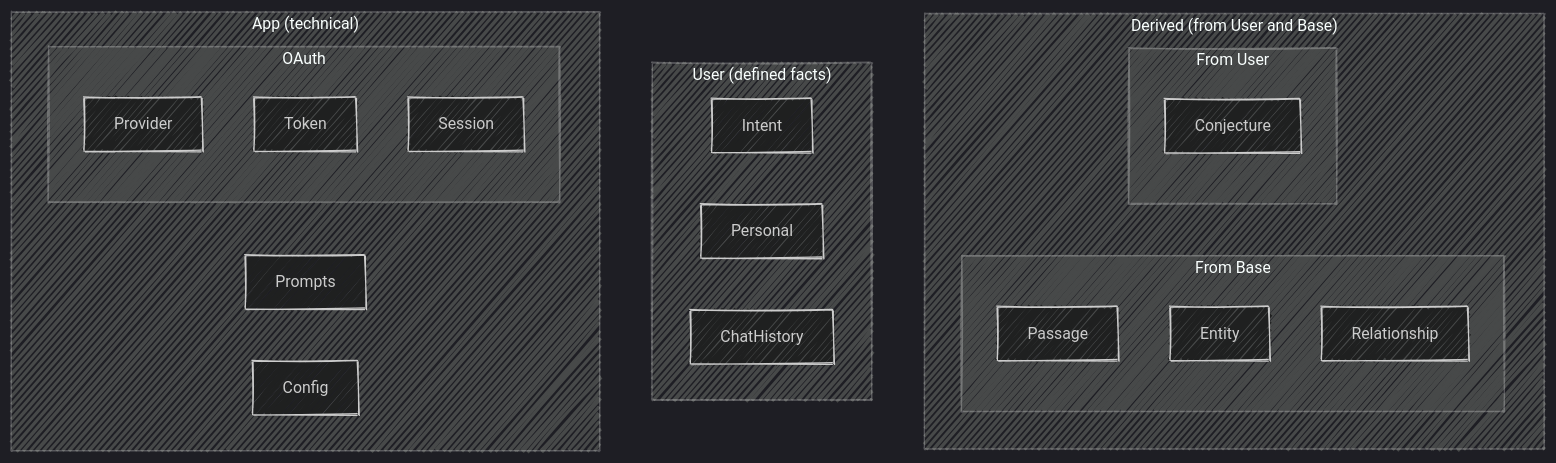
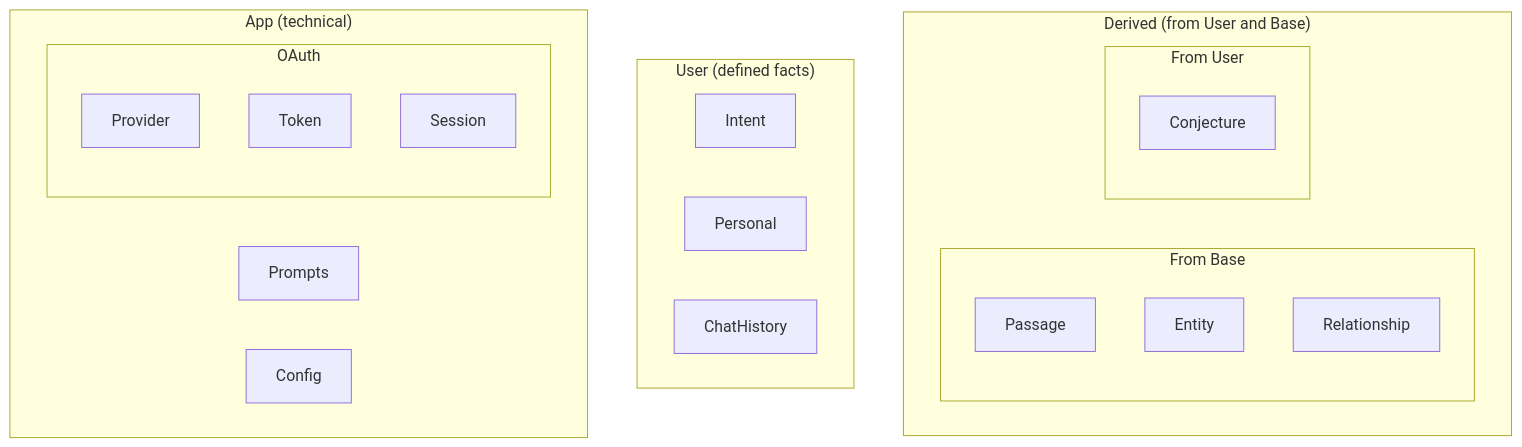
One commit to EternisAI/enchanted-twin changed the third of 3 diagrams in SOFTWARE_ARCHITECTURE.md. Above: the diagram before and after it, drawn with Mermaid. The commit also changed other lines of this file, not shown here.

Commit message:
Update color

````diff
--- a/SOFTWARE_ARCHITECTURE.md
+++ b/SOFTWARE_ARCHITECTURE.md
@@ -139,33 +137,31 @@
 ```mermaid
 ---
 config:
   layout: dagre
-  look: handDrawn
-  theme: dark
 ---
 flowchart
     subgraph "Derived (from User and Base)"
         subgraph "From Base"
             Passage
             Entity
             Relationship
         end
         subgraph "From User"
             Conjecture
         end
     end
     subgraph "User (defined facts)"
         Intent
         Personal
         ChatHistory
     end
     subgraph "App (technical)"
         subgraph OAuth
             Provider
             Token
             Session
         end
         Prompts
         Config
     end
 ```
````
